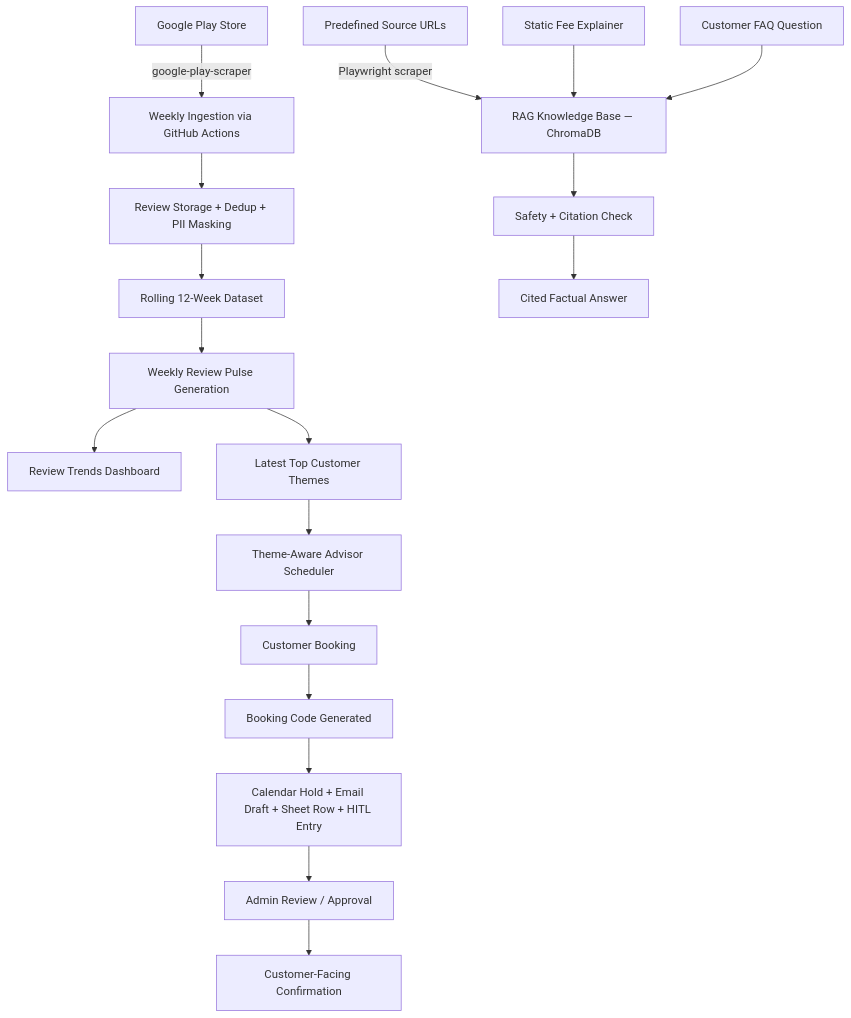
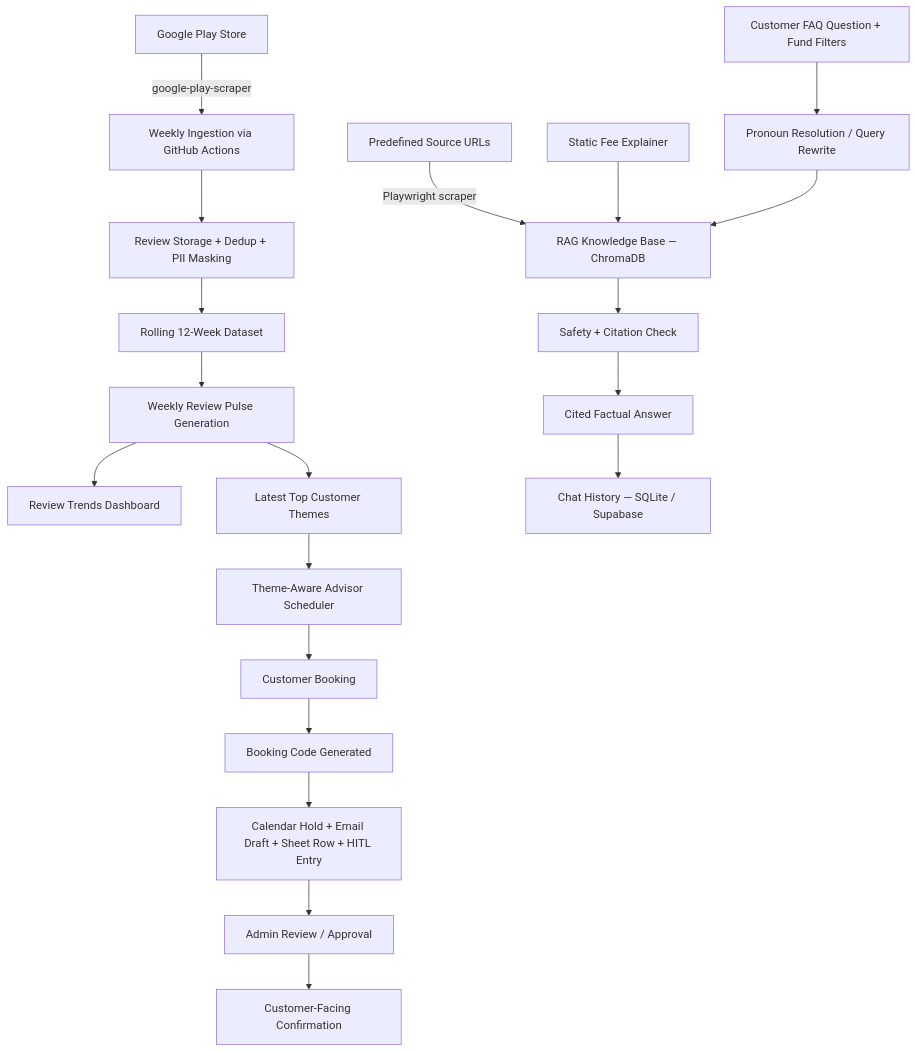
One commit to deepanjandhwani/IndMoney-Ops-Intelligence-Suite changed the first of 5 diagrams in docs/architecture.md. Above: the diagram before and after it, drawn with Mermaid. The commit also changed other lines of this file and 194 other files, not shown here.

````diff
--- a/docs/architecture.md
+++ b/docs/architecture.md
@@ -14,21 +14,23 @@
 ```mermaid
 flowchart TD
     A[Google Play Store] -->|google-play-scraper| B[Weekly Ingestion via GitHub Actions]
     B --> C[Review Storage + Dedup + PII Masking]
     C --> D[Rolling 12-Week Dataset]
     D --> E[Weekly Review Pulse Generation]
     E --> F[Review Trends Dashboard]
     E --> G[Latest Top Customer Themes]
     G --> H[Theme-Aware Advisor Scheduler]
     H --> I[Customer Booking]
     I --> J[Booking Code Generated]
     J --> K["Calendar Hold + Email Draft + Sheet Row + HITL Entry"]
     K --> L[Admin Review / Approval]
     L --> M[Customer-Facing Confirmation]
 
     N[Predefined Source URLs] -->|Playwright scraper| O[RAG Knowledge Base — ChromaDB]
     P[Static Fee Explainer] --> O
-    Q[Customer FAQ Question] --> O
+    Q[Customer FAQ Question + Fund Filters] --> Q1[Pronoun Resolution / Query Rewrite]
+    Q1 --> O
     O --> R[Safety + Citation Check]
     R --> S[Cited Factual Answer]
+    S --> T[Chat History — SQLite / Supabase]
 ```
````
